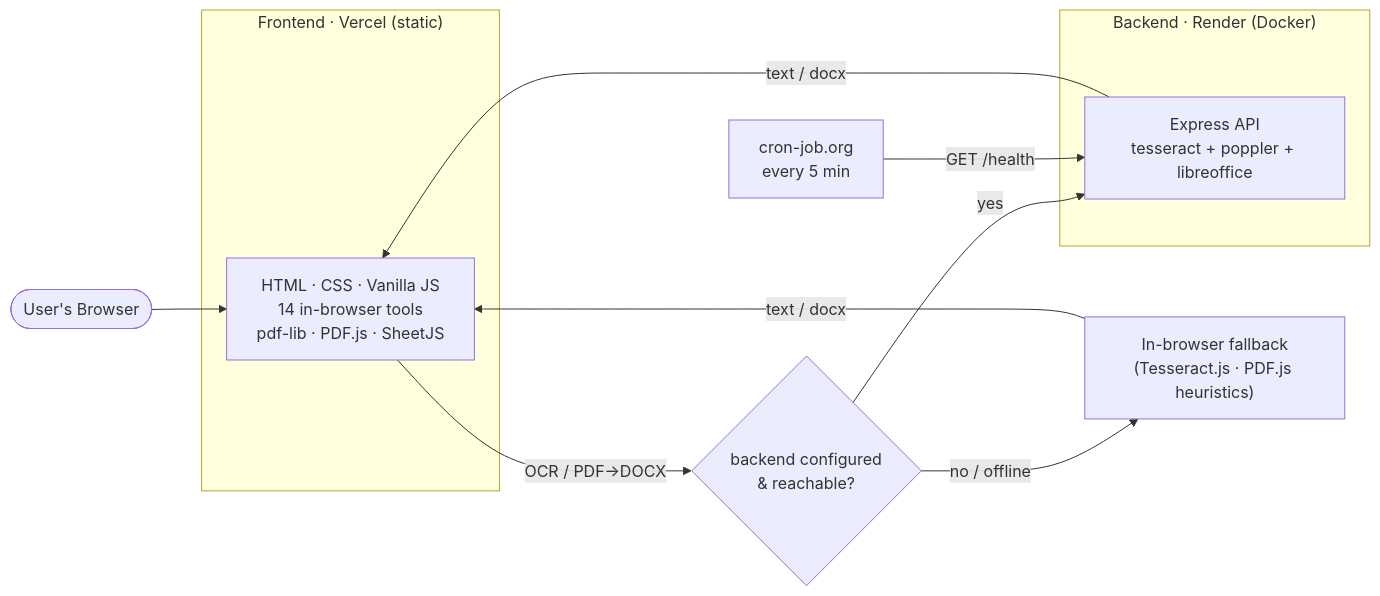
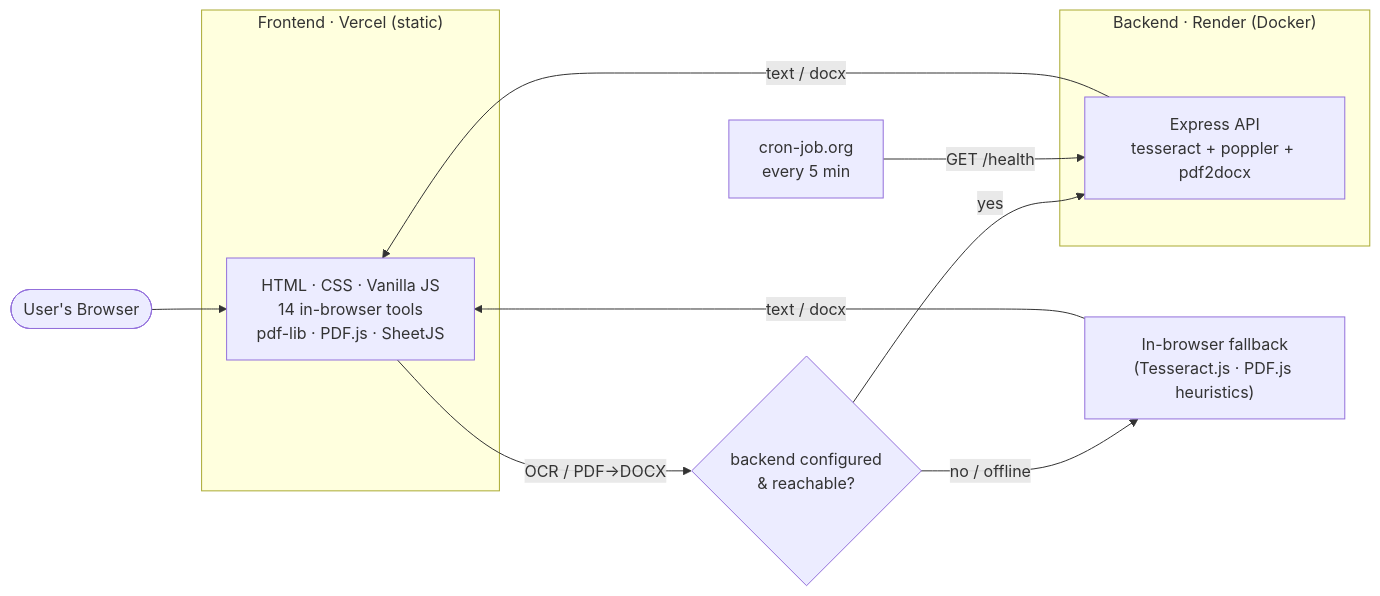
The diagram in README.md (definitelynotDD/EasePDF), drawn with Mermaid before and after one commit. The commit also changed other lines of this file and 3 other files, not shown here.

````diff
--- a/README.md
+++ b/README.md
@@ -99,21 +99,21 @@
 ```mermaid
 flowchart LR
     U([User's Browser])
 
     subgraph V["Frontend · Vercel (static)"]
         FE["HTML · CSS · Vanilla JS<br/>14 in-browser tools<br/>pdf-lib · PDF.js · SheetJS"]
     end
 
     subgraph R["Backend · Render (Docker)"]
-        BE["Express API<br/>tesseract + poppler + libreoffice"]
+        BE["Express API<br/>tesseract + poppler + pdf2docx"]
     end
 
     U --> FE
     FE -- "OCR / PDF→DOCX" --> Q{"backend configured<br/>& reachable?"}
     Q -- yes --> BE
     Q -- "no / offline" --> WASM["In-browser fallback<br/>(Tesseract.js · PDF.js heuristics)"]
     BE -- "text / docx" --> FE
     WASM -- "text / docx" --> FE
 
     CRON["cron-job.org<br/>every 5 min"] -- "GET /health" --> BE
 ```
````
